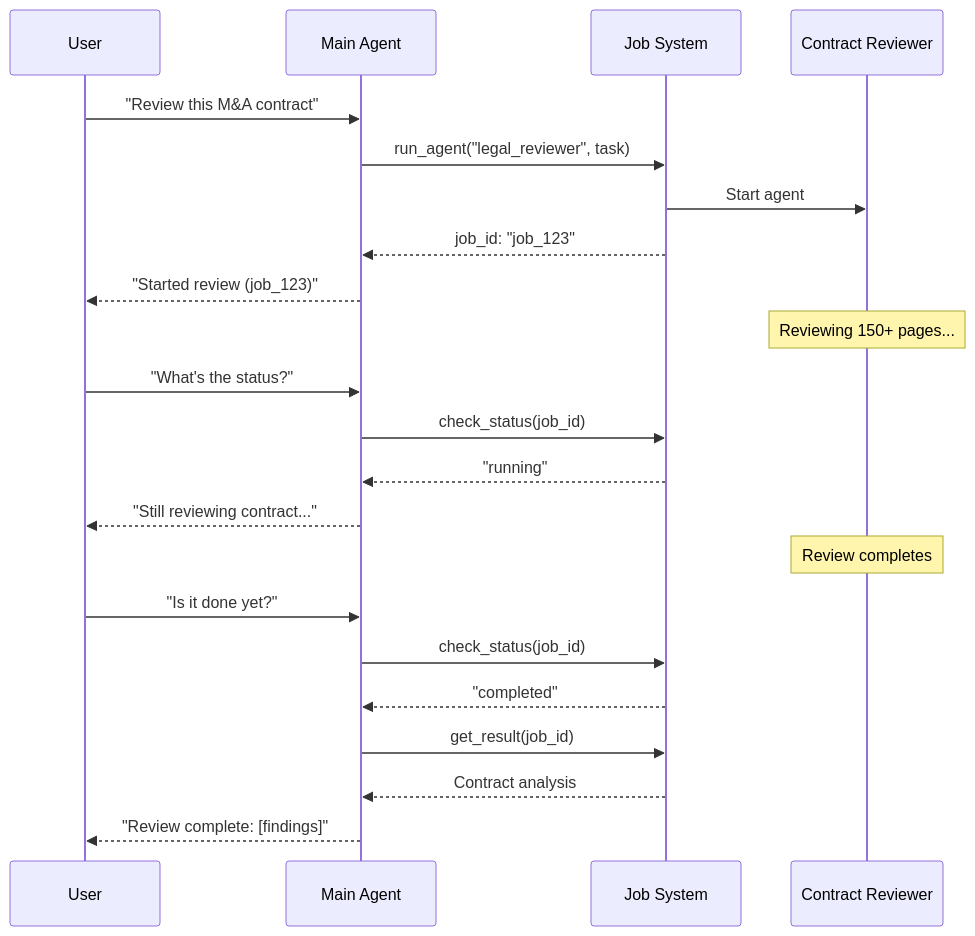
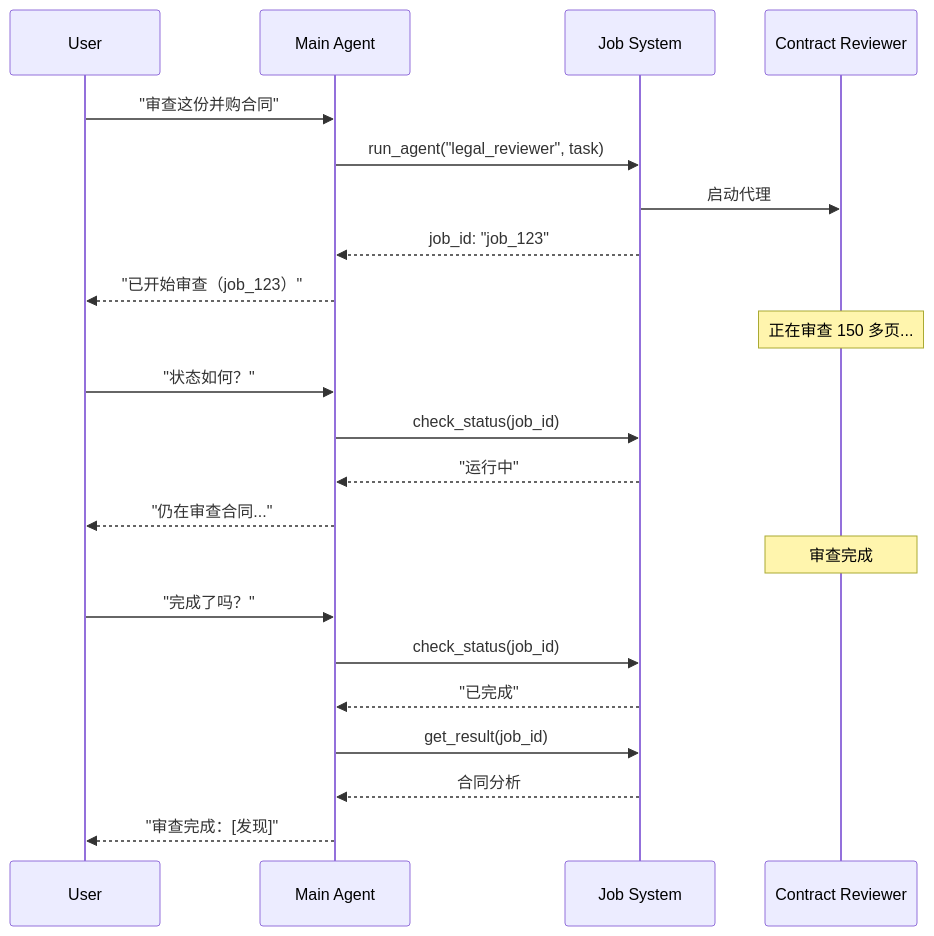
The third of 5 diagrams in oss/python/langchain/multi-agent/subagents.mdx (kunfan96/cndocs-langchain), drawn with Mermaid before and after one commit. The commit also changed other lines of this file and 1030 other files, not shown here.

````diff
--- a/oss/python/langchain/multi-agent/subagents.mdx
+++ b/oss/python/langchain/multi-agent/subagents.mdx
@@ -132,29 +132,29 @@
 ```mermaid
 sequenceDiagram
     participant User
     participant Main Agent
     participant Job System
     participant Contract Reviewer
 
-    User->>Main Agent: "Review this M&A contract"
+    User->>Main Agent: "审查这份并购合同"
     Main Agent->>Job System: run_agent("legal_reviewer", task)
-    Job System->>Contract Reviewer: Start agent
+    Job System->>Contract Reviewer: 启动代理
     Job System-->>Main Agent: job_id: "job_123"
-    Main Agent-->>User: "Started review (job_123)"
+    Main Agent-->>User: "已开始审查（job_123）"
 
-    Note over Contract Reviewer: Reviewing 150+ pages...
+    Note over Contract Reviewer: 正在审查 150 多页...
 
-    User->>Main Agent: "What's the status?"
+    User->>Main Agent: "状态如何？"
     Main Agent->>Job System: check_status(job_id)
-    Job System-->>Main Agent: "running"
-    Main Agent-->>User: "Still reviewing contract..."
+    Job System-->>Main Agent: "运行中"
+    Main Agent-->>User: "仍在审查合同..."
 
-    Note over Contract Reviewer: Review completes
+    Note over Contract Reviewer: 审查完成
 
-    User->>Main Agent: "Is it done yet?"
+    User->>Main Agent: "完成了吗？"
     Main Agent->>Job System: check_status(job_id)
-    Job System-->>Main Agent: "completed"
+    Job System-->>Main Agent: "已完成"
     Main Agent->>Job System: get_result(job_id)
-    Job System-->>Main Agent: Contract analysis
-    Main Agent-->>User: "Review complete: [findings]"
+    Job System-->>Main Agent: 合同分析
+    Main Agent-->>User: "审查完成：[发现]"
 ```
````
